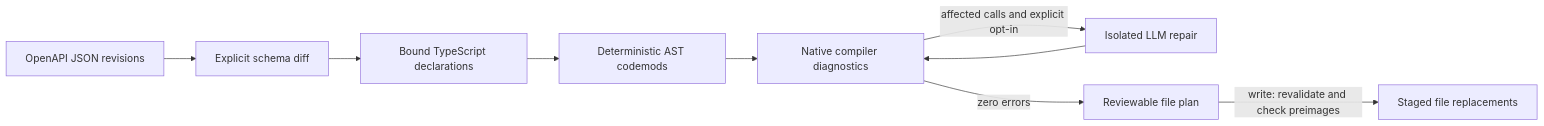
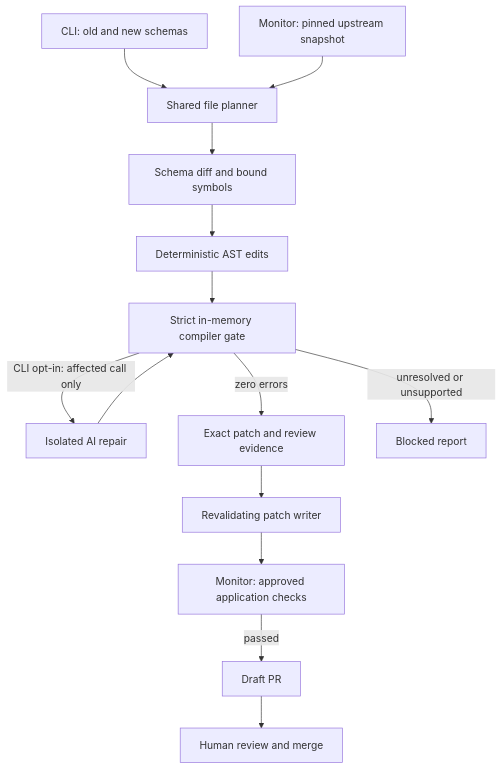
Before and after one commit to guilopeszw/autopatch: the diagram in docs/architecture.md, drawn with Mermaid. The commit also changed other lines of this file and 5 other files, not shown here.

Commit message:
docs: explain monitored migrations and human review

````diff
--- a/docs/architecture.md
+++ b/docs/architecture.md
@@ -9,11 +10,16 @@
 ```mermaid
-flowchart LR
-  A[OpenAPI JSON revisions] --> B[Explicit schema diff]
-  B --> C[Bound TypeScript declarations]
-  C --> D[Deterministic AST codemods]
-  D --> E[Native compiler diagnostics]
-  E -->|affected calls and explicit opt-in| F[Isolated LLM repair]
-  F --> E
-  E -->|zero errors| G[Reviewable file plan]
-  G -->|write: revalidate and check preimages| H[Staged file replacements]
+flowchart TD
+  A[CLI: old and new schemas] --> C[Shared file planner]
+  B[Monitor: pinned upstream snapshot] --> C
+  C --> D[Schema diff and bound symbols]
+  D --> E[Deterministic AST edits]
+  E --> F[Strict in-memory compiler gate]
+  F -->|CLI opt-in: affected call only| G[Isolated AI repair]
+  G --> F
+  F -->|zero errors| H[Exact patch and review evidence]
+  F -->|unresolved or unsupported| I[Blocked report]
+  H --> J[Revalidating patch writer]
+  J --> K[Monitor: approved application checks]
+  K -->|passed| L[Draft PR]
+  L --> M[Human review and merge]
 ```
````
